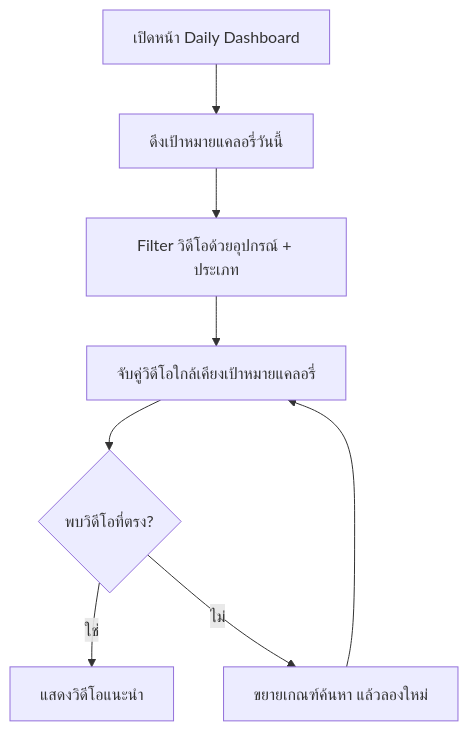
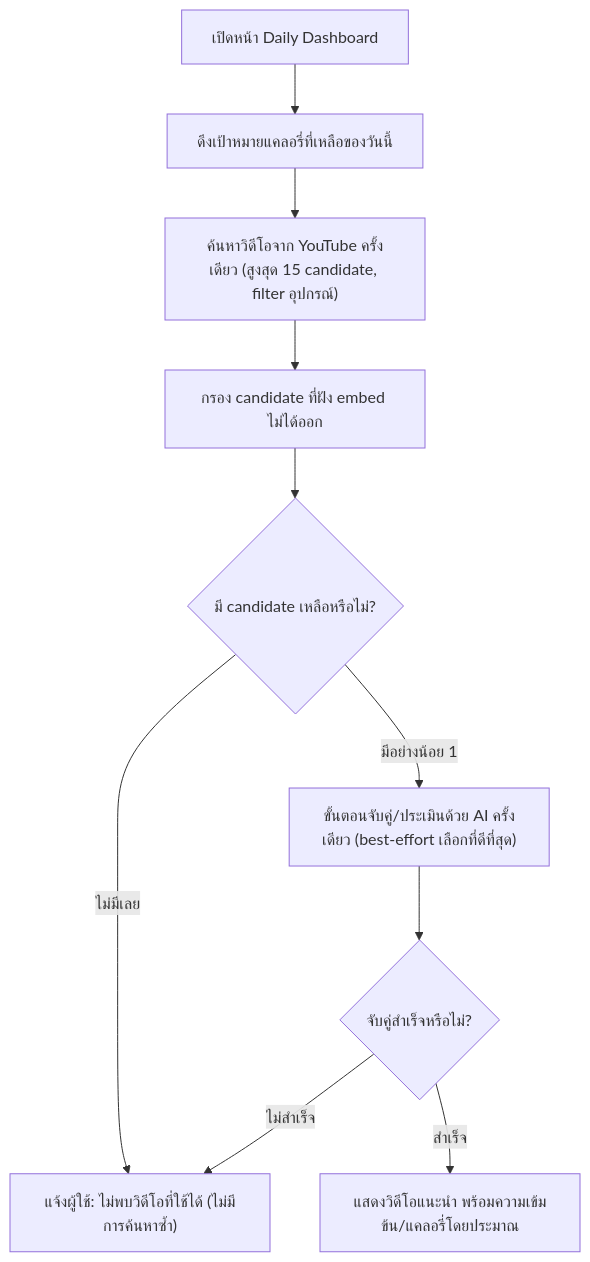
One commit to Kikofah/smartFit_daily changed the fifth of 16 diagrams in docs/02-design/01-prototypes/user-journeys.md. Above: the diagram before and after it, drawn with Mermaid. The commit also changed other lines of this file and 10 other files, not shown here.

````diff
--- a/docs/02-design/01-prototypes/user-journeys.md
+++ b/docs/02-design/01-prototypes/user-journeys.md
@@ -218,10 +218,12 @@
 ```mermaid
 flowchart TD
-    A[เปิดหน้า Daily Dashboard] --> B[ดึงเป้าหมายแคลอรี่วันนี้]
-    B --> C[Filter วิดีโอด้วยอุปกรณ์ + ประเภท]
-    C --> D[จับคู่วิดีโอใกล้เคียงเป้าหมายแคลอรี่]
-    D --> E{พบวิดีโอที่ตรง?}
-    E -- ใช่ --> F[แสดงวิดีโอแนะนำ]
-    E -- ไม่ --> G[ขยายเกณฑ์ค้นหา แล้วลองใหม่]
-    G --> D
+    A[เปิดหน้า Daily Dashboard] --> B[ดึงเป้าหมายแคลอรี่ที่เหลือของวันนี้]
+    B --> C["ค้นหาวิดีโอจาก YouTube ครั้งเดียว (สูงสุด 15 candidate, filter อุปกรณ์)"]
+    C --> D[กรอง candidate ที่ฝัง embed ไม่ได้ออก]
+    D --> E{มี candidate เหลือหรือไม่?}
+    E -- ไม่มีเลย --> F["แจ้งผู้ใช้: ไม่พบวิดีโอที่ใช้ได้ (ไม่มีการค้นหาซ้ำ)"]
+    E -- มีอย่างน้อย 1 --> G["ขั้นตอนจับคู่/ประเมินด้วย AI ครั้งเดียว (best-effort เลือกที่ดีที่สุด)"]
+    G --> H{จับคู่สำเร็จหรือไม่?}
+    H -- ไม่สำเร็จ --> F
+    H -- สำเร็จ --> I[แสดงวิดีโอแนะนำ พร้อมความเข้มข้น/แคลอรี่โดยประมาณ]
 ```
````
